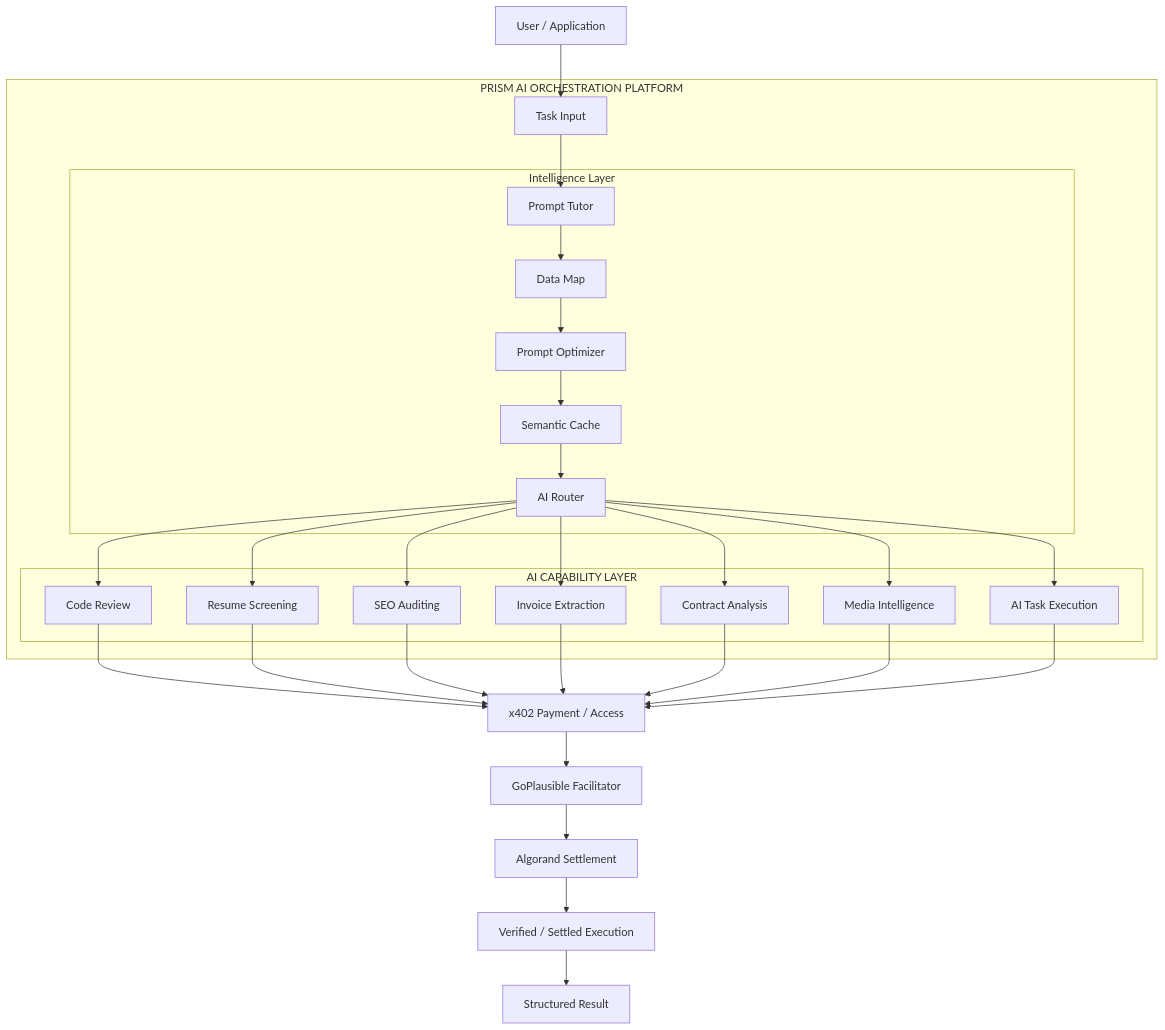
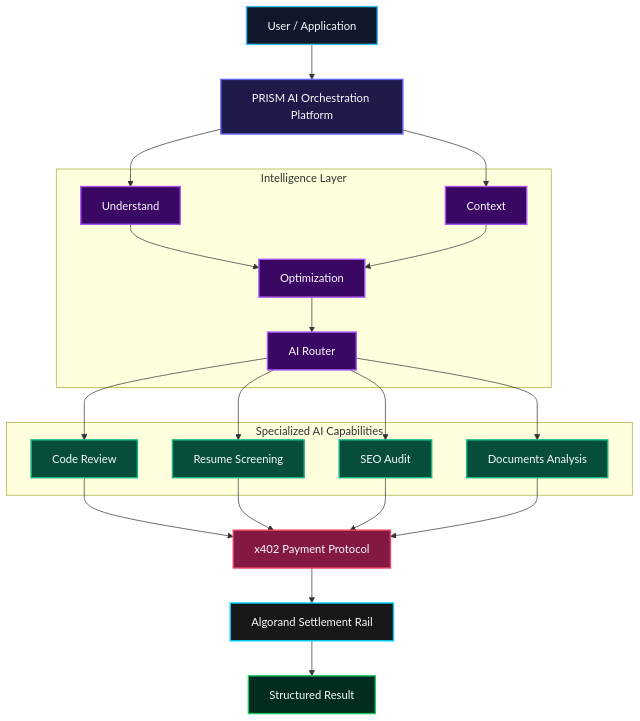
The diagram in README.md (VivekGoudAdula/PRISM), drawn with Mermaid before and after one commit. The commit also changed other lines of this file, not shown here.

Commit message:
docs: update Solution section with styled Mermaid diagram and Architecture section with image

````diff
--- a/README.md
+++ b/README.md
@@ -243,57 +108,48 @@
 ```mermaid
 flowchart TB
+    classDef client fill:#0F172A,stroke:#38BDF8,stroke-width:2px,color:#F8FAFC
+    classDef platform fill:#1E1B4B,stroke:#6366F1,stroke-width:2px,color:#F8FAFC
+    classDef intel fill:#3B0764,stroke:#A855F7,stroke-width:2px,color:#F8FAFC
+    classDef cap fill:#064E3B,stroke:#10B981,stroke-width:2px,color:#F8FAFC
+    classDef pay fill:#831843,stroke:#F43F5E,stroke-width:2px,color:#F8FAFC
+    classDef algo fill:#18181B,stroke:#00D2FF,stroke-width:2px,color:#F8FAFC
+    classDef output fill:#022C22,stroke:#22C55E,stroke-width:2px,color:#F8FAFC
 
-    USER["User / Application"]
+    USER["User / Application"]:::client
+    PRISM["PRISM AI Orchestration Platform"]:::platform
 
-    subgraph PRISM["PRISM AI ORCHESTRATION PLATFORM"]
-
-        INPUT["Task Input"]
-
-        subgraph INT["Intelligence Layer"]
-            PT["Prompt Tutor"]
-            DM["Data Map"]
-            PO["Prompt Optimizer"]
-            SC["Semantic Cache"]
-            AR["AI Router"]
-        end
-
-        subgraph CAP["AI CAPABILITY LAYER"]
-            CR["Code Review"]
-            RS["Resume Screening"]
-            SEO["SEO Auditing"]
-            INV["Invoice Extraction"]
-            CON["Contract Analysis"]
-            MI["Media Intelligence"]
-            TASK["AI Task Execution"]
-        end
-
-        INPUT --> PT
-        PT --> DM
-        DM --> PO
-        PO --> SC
-        SC --> AR
-
-        AR --> CR
-        AR --> RS
-        AR --> SEO
-        AR --> INV
-        AR --> CON
-        AR --> MI
-        AR --> TASK
+    subgraph INT["Intelligence Layer"]
+        UND["Understand"]:::intel
+        CTX["Context"]:::intel
+        OPT["Optimization"]:::intel
+        ROUT["AI Router"]:::intel
     end
 
-    USER --> INPUT
+    subgraph CAP["Specialized AI Capabilities"]
+        CR["Code Review"]:::cap
+        RS["Resume Screening"]:::cap
+        SEO["SEO Audit"]:::cap
+        DOC["Documents Analysis"]:::cap
+    end
 
-    CR --> PAYMENT["x402 Payment / Access"]
-    RS --> PAYMENT
-    SEO --> PAYMENT
-    INV --> PAYMENT
-    CON --> PAYMENT
-    MI --> PAYMENT
-    TASK --> PAYMENT
+    PAY["x402 Payment Protocol"]:::pay
+    SETTLE["Algorand Settlement Rail"]:::algo
+    OUT["Structured Result"]:::output
 
-    PAYMENT --> FAC["GoPlausible Facilitator"]
-    FAC --> ALG["Algorand Settlement"]
-    ALG --> RESULT["Verified / Settled Execution"]
-    RESULT --> OUT["Structured Result"]
+    USER --> PRISM
+    PRISM --> UND
+    PRISM --> CTX
+    UND --> OPT
+    CTX --> OPT
+    OPT --> ROUT
+    ROUT --> CR
+    ROUT --> RS
+    ROUT --> SEO
+    ROUT --> DOC
+    CR --> PAY
+    RS --> PAY
+    SEO --> PAY
+    DOC --> PAY
+    PAY --> SETTLE
+    SETTLE --> OUT
 ```
````
